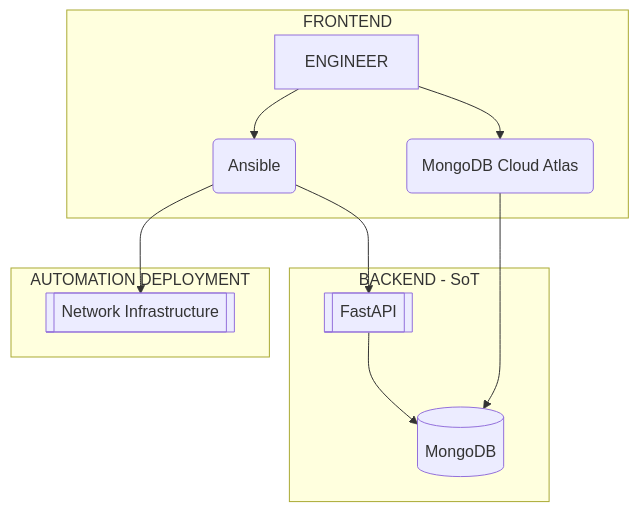
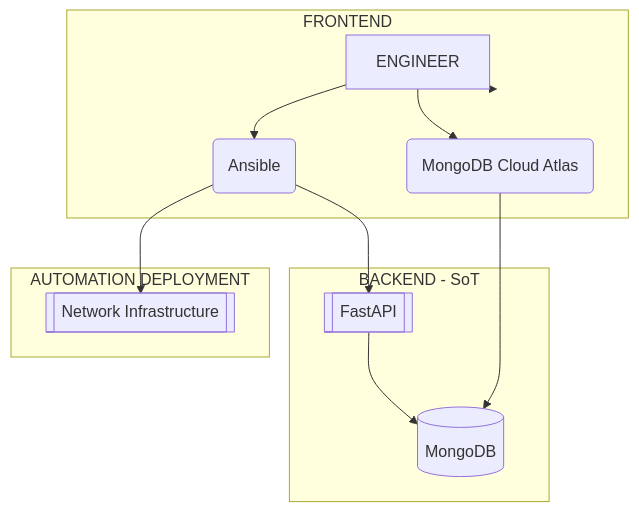
One commit to jnaranjom/iac_network_deployment changed the diagram in diagrams/automation_framework.md. Above: the diagram before and after it, drawn with Mermaid.

````diff
--- a/diagrams/automation_framework.md
+++ b/diagrams/automation_framework.md
@@ -1,21 +1,22 @@
 ```mermaid
 flowchart TB
     A[(MongoDB)]
     B[[FastAPI]]
     C(MongoDB Cloud Atlas)
     D(Ansible)
     E[[Network Infrastructure]]
     F[ENGINEER]
     subgraph BACKEND - SoT
         B --> A
     end
     subgraph FRONTEND
         F --> D
         F --> C
         C --> A
     end
+    F --> FRONTEND
     subgraph AUTOMATION DEPLOYMENT
         D --> B
         D --> E
     end
 ```
````
